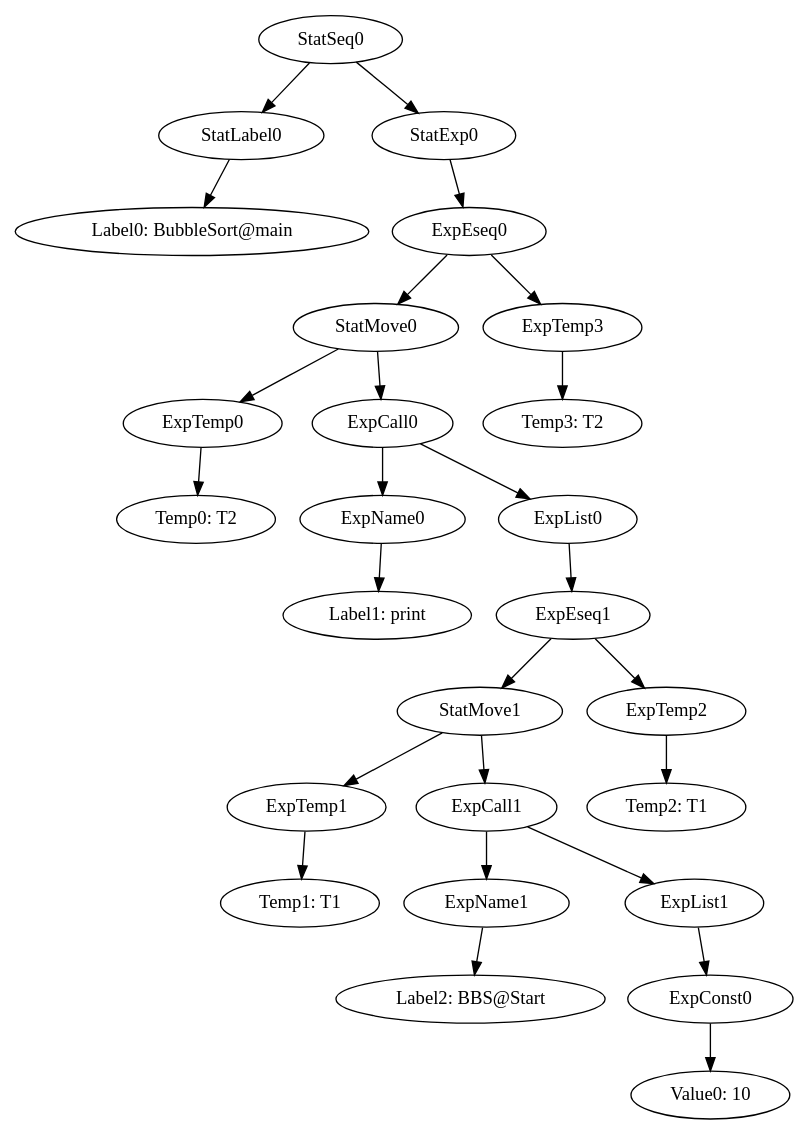
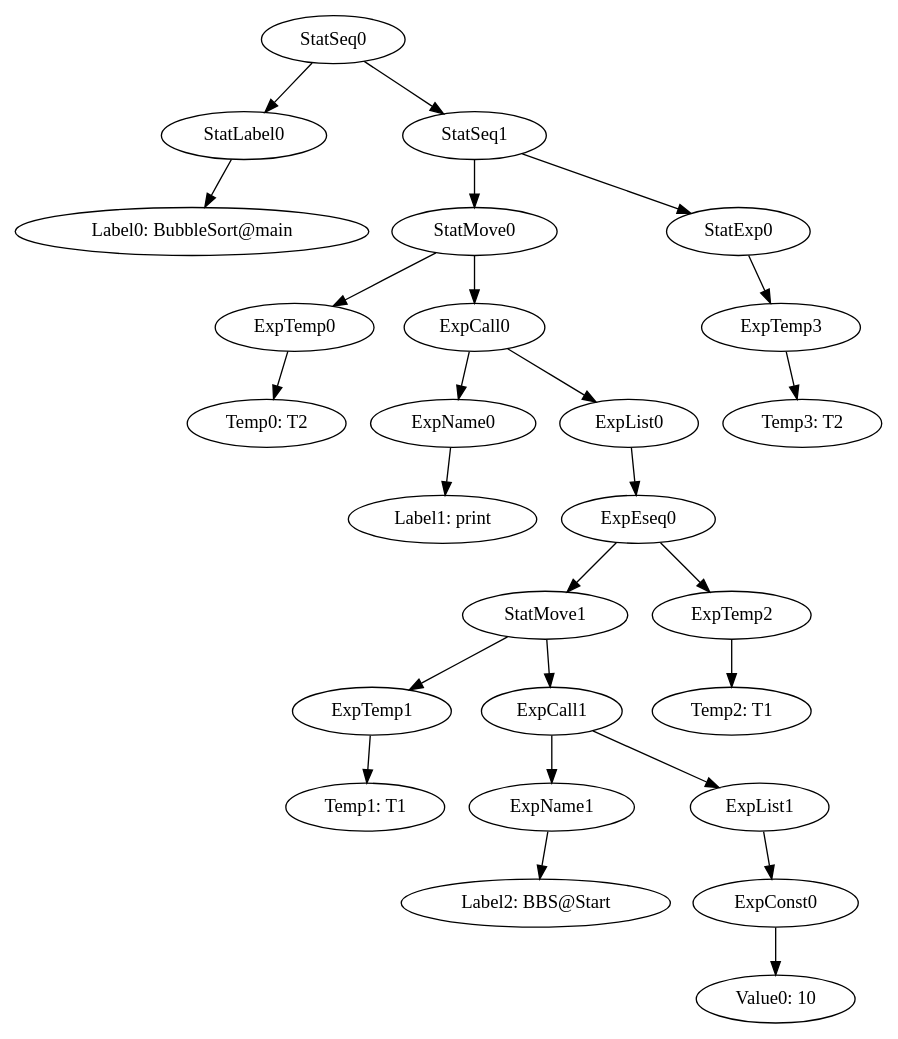
The diagram in MiniJava/results/SamplesCorrect/BubbleSort/irtCanon2_BubbleSort@main.gv (team-compilers/compilers), drawn with Graphviz before and after one commit. The commit also changed 304 other files, not shown here.

```diff
--- a/MiniJava/results/SamplesCorrect/BubbleSort/irtCanon2_BubbleSort@main.gv
+++ b/MiniJava/results/SamplesCorrect/BubbleSort/irtCanon2_BubbleSort@main.gv
@@ -1,28 +1,28 @@
 digraph {
 	ordering = out;
-	ExpEseq0 -> StatMove0;
-	ExpEseq0 -> ExpTemp3;
 	ExpTemp2 -> "Temp2: T1";
-	ExpEseq1 -> StatMove1;
-	ExpEseq1 -> ExpTemp2;
+	ExpEseq0 -> StatMove1;
+	ExpEseq0 -> ExpTemp2;
 	ExpConst0 -> "Value0: 10";
 	StatMove0 -> ExpTemp0;
 	StatMove0 -> ExpCall0;
-	ExpList0 -> ExpEseq1;
+	ExpList0 -> ExpEseq0;
 	ExpCall1 -> ExpName1;
 	ExpCall1 -> ExpList1;
-	StatExp0 -> ExpEseq0;
+	StatExp0 -> ExpTemp3;
 	ExpTemp0 -> "Temp0: T2";
 	ExpTemp3 -> "Temp3: T2";
 	StatSeq0 -> StatLabel0;
-	StatSeq0 -> StatExp0;
+	StatSeq0 -> StatSeq1;
 	StatLabel0 -> "Label0: BubbleSort@main";
 	ExpName0 -> "Label1: print";
+	StatSeq1 -> StatMove0;
+	StatSeq1 -> StatExp0;
 	ExpCall0 -> ExpName0;
 	ExpCall0 -> ExpList0;
 	ExpTemp1 -> "Temp1: T1";
 	ExpList1 -> ExpConst0;
 	StatMove1 -> ExpTemp1;
 	StatMove1 -> ExpCall1;
 	ExpName1 -> "Label2: BBS@Start";
 }
```
